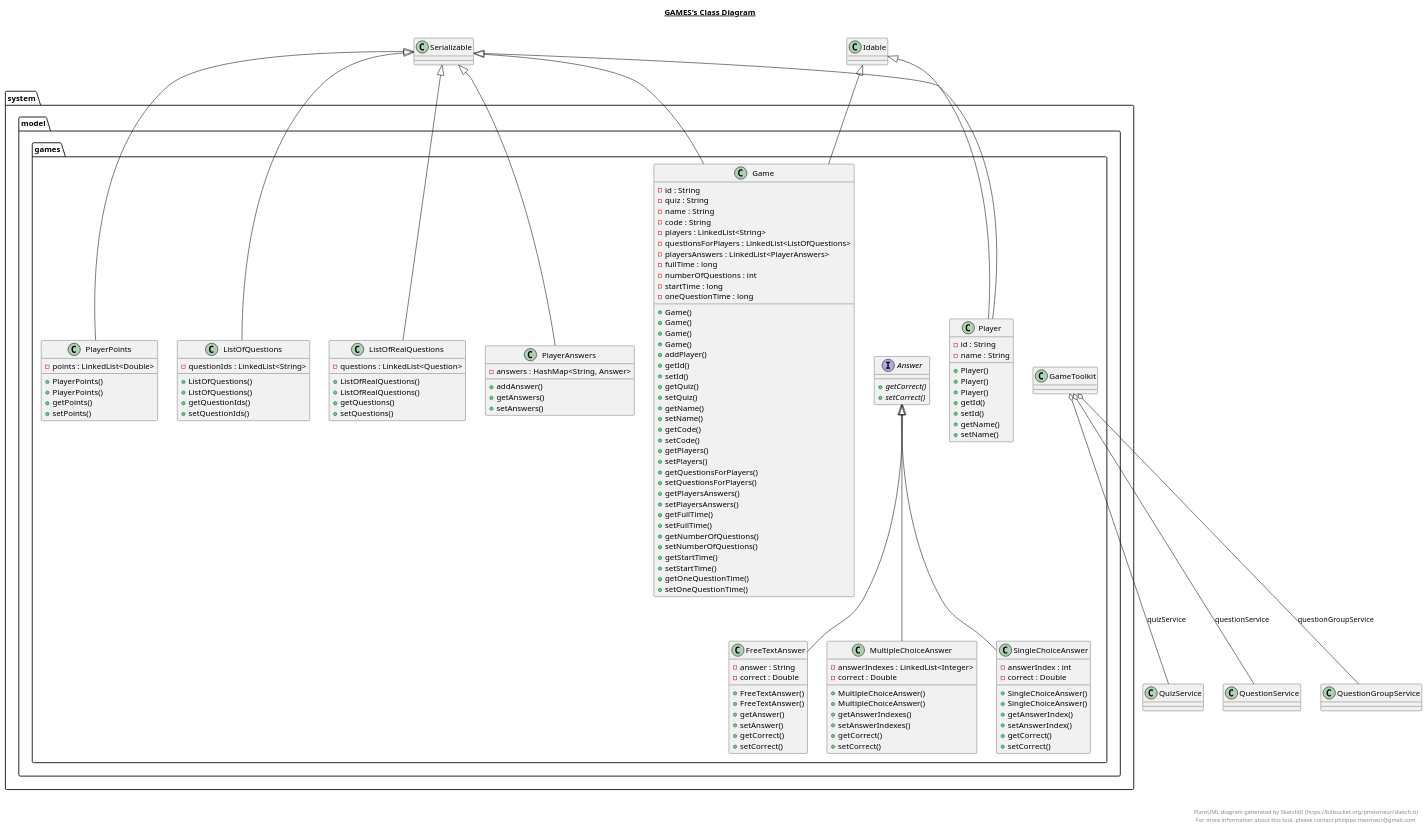
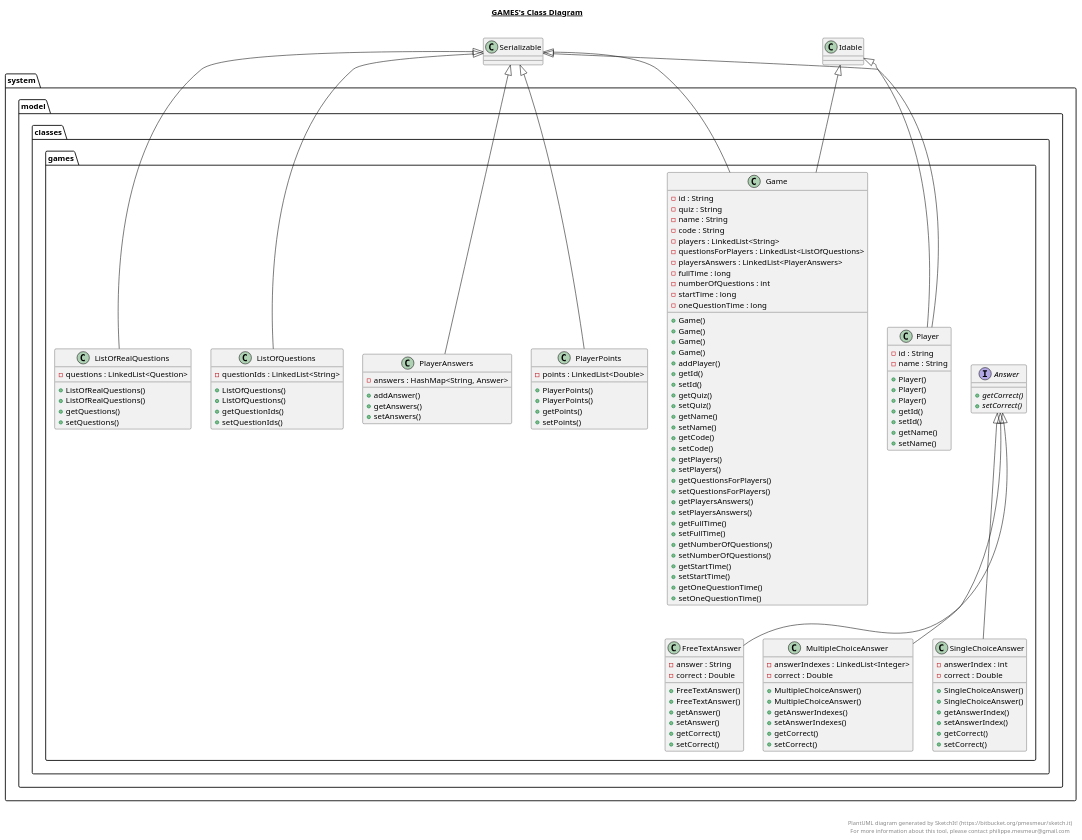
The diagram in src/main/java/system/model/games/games.plantuml (berl-a/DiplomaBackend), drawn with PlantUML before and after one commit. The commit also changed 514 other files, not shown here.

Commit message:
Added multiple choice answer

```diff
--- a/src/main/java/system/model/games/games.plantuml
+++ b/src/main/java/system/model/games/games.plantuml
@@ -3,180 +3,192 @@
 title __GAMES's Class Diagram__\n
 
   package system.model {
-    package system.model.games {
-      interface Answer {
-          {abstract} + getCorrect()
-          {abstract} + setCorrect()
+    package system.model.classes {
+      package system.model.classes.games {
+        interface Answer {
+            {abstract} + getCorrect()
+            {abstract} + setCorrect()
+        }
       }
     }
   }
   
 
   package system.model {
-    package system.model.games {
-      class FreeTextAnswer {
-          - answer : String
-          - correct : Double
-          + FreeTextAnswer()
-          + FreeTextAnswer()
-          + getAnswer()
-          + setAnswer()
-          + getCorrect()
-          + setCorrect()
+    package system.model.classes {
+      package system.model.classes.games {
+        class FreeTextAnswer {
+            - answer : String
+            - correct : Double
+            + FreeTextAnswer()
+            + FreeTextAnswer()
+            + getAnswer()
+            + setAnswer()
+            + getCorrect()
+            + setCorrect()
+        }
       }
     }
   }
   
 
   package system.model {
-    package system.model.games {
-      class Game {
-          - id : String
-          - quiz : String
-          - name : String
-          - code : String
-          - players : LinkedList<String>
-          - questionsForPlayers : LinkedList<ListOfQuestions>
-          - playersAnswers : LinkedList<PlayerAnswers>
-          - fullTime : long
-          - numberOfQuestions : int
-          - startTime : long
-          - oneQuestionTime : long
-          + Game()
-          + Game()
-          + Game()
-          + Game()
-          + addPlayer()
-          + getId()
-          + setId()
-          + getQuiz()
-          + setQuiz()
-          + getName()
-          + setName()
-          + getCode()
-          + setCode()
-          + getPlayers()
-          + setPlayers()
-          + getQuestionsForPlayers()
-          + setQuestionsForPlayers()
-          + getPlayersAnswers()
-          + setPlayersAnswers()
-          + getFullTime()
-          + setFullTime()
-          + getNumberOfQuestions()
-          + setNumberOfQuestions()
-          + getStartTime()
-          + setStartTime()
-          + getOneQuestionTime()
-          + setOneQuestionTime()
+    package system.model.classes {
+      package system.model.classes.games {
+        class Game {
+            - id : String
+            - quiz : String
+            - name : String
+            - code : String
+            - players : LinkedList<String>
+            - questionsForPlayers : LinkedList<ListOfQuestions>
+            - playersAnswers : LinkedList<PlayerAnswers>
+            - fullTime : long
+            - numberOfQuestions : int
+            - startTime : long
+            - oneQuestionTime : long
+            + Game()
+            + Game()
+            + Game()
+            + Game()
+            + addPlayer()
+            + getId()
+            + setId()
+            + getQuiz()
+            + setQuiz()
+            + getName()
+            + setName()
+            + getCode()
+            + setCode()
+            + getPlayers()
+            + setPlayers()
+            + getQuestionsForPlayers()
+            + setQuestionsForPlayers()
+            + getPlayersAnswers()
+            + setPlayersAnswers()
+            + getFullTime()
+            + setFullTime()
+            + getNumberOfQuestions()
+            + setNumberOfQuestions()
+            + getStartTime()
+            + setStartTime()
+            + getOneQuestionTime()
+            + setOneQuestionTime()
+        }
       }
     }
   }
   
 
   package system.model {
-    package system.model.games {
-      class GameToolkit {
+    package system.model.classes {
+      package system.model.classes.games {
+        class ListOfQuestions {
+            - questionIds : LinkedList<String>
+            + ListOfQuestions()
+            + ListOfQuestions()
+            + getQuestionIds()
+            + setQuestionIds()
+        }
       }
     }
   }
   
 
   package system.model {
-    package system.model.games {
-      class ListOfQuestions {
-          - questionIds : LinkedList<String>
-          + ListOfQuestions()
-          + ListOfQuestions()
-          + getQuestionIds()
-          + setQuestionIds()
+    package system.model.classes {
+      package system.model.classes.games {
+        class ListOfRealQuestions {
+            - questions : LinkedList<Question>
+            + ListOfRealQuestions()
+            + ListOfRealQuestions()
+            + getQuestions()
+            + setQuestions()
+        }
       }
     }
   }
   
 
   package system.model {
-    package system.model.games {
-      class ListOfRealQuestions {
-          - questions : LinkedList<Question>
-          + ListOfRealQuestions()
-          + ListOfRealQuestions()
-          + getQuestions()
-          + setQuestions()
+    package system.model.classes {
+      package system.model.classes.games {
+        class MultipleChoiceAnswer {
+            - answerIndexes : LinkedList<Integer>
+            - correct : Double
+            + MultipleChoiceAnswer()
+            + MultipleChoiceAnswer()
+            + getAnswerIndexes()
+            + setAnswerIndexes()
+            + getCorrect()
+            + setCorrect()
+        }
       }
     }
   }
   
 
   package system.model {
-    package system.model.games {
-      class MultipleChoiceAnswer {
-          - answerIndexes : LinkedList<Integer>
-          - correct : Double
-          + MultipleChoiceAnswer()
-          + MultipleChoiceAnswer()
-          + getAnswerIndexes()
-          + setAnswerIndexes()
-          + getCorrect()
-          + setCorrect()
+    package system.model.classes {
+      package system.model.classes.games {
+        class Player {
+            - id : String
+            - name : String
+            + Player()
+            + Player()
+            + Player()
+            + getId()
+            + setId()
+            + getName()
+            + setName()
+        }
       }
     }
   }
   
 
   package system.model {
-    package system.model.games {
-      class Player {
-          - id : String
-          - name : String
-          + Player()
-          + Player()
-          + Player()
-          + getId()
-          + setId()
-          + getName()
-          + setName()
+    package system.model.classes {
+      package system.model.classes.games {
+        class PlayerAnswers {
+            - answers : HashMap<String, Answer>
+            + addAnswer()
+            + getAnswers()
+            + setAnswers()
+        }
       }
     }
   }
   
 
   package system.model {
-    package system.model.games {
-      class PlayerAnswers {
-          - answers : HashMap<String, Answer>
-          + addAnswer()
-          + getAnswers()
-          + setAnswers()
+    package system.model.classes {
+      package system.model.classes.games {
+        class PlayerPoints {
+            - points : LinkedList<Double>
+            + PlayerPoints()
+            + PlayerPoints()
+            + getPoints()
+            + setPoints()
+        }
       }
     }
   }
   
 
   package system.model {
-    package system.model.games {
-      class PlayerPoints {
-          - points : LinkedList<Double>
-          + PlayerPoints()
-          + PlayerPoints()
-          + getPoints()
-          + setPoints()
-      }
-    }
-  }
-  
-
-  package system.model {
-    package system.model.games {
-      class SingleChoiceAnswer {
-          - answerIndex : int
-          - correct : Double
-          + SingleChoiceAnswer()
-          + SingleChoiceAnswer()
-          + getAnswerIndex()
-          + setAnswerIndex()
-          + getCorrect()
-          + setCorrect()
+    package system.model.classes {
+      package system.model.classes.games {
+        class SingleChoiceAnswer {
+            - answerIndex : int
+            - correct : Double
+            + SingleChoiceAnswer()
+            + SingleChoiceAnswer()
+            + getAnswerIndex()
+            + setAnswerIndex()
+            + getCorrect()
+            + setCorrect()
+        }
       }
     }
   }
@@ -185,9 +197,6 @@
   FreeTextAnswer -up-|> Answer
   Game -up-|> Idable
   Game -up-|> Serializable
-  GameToolkit o-- QuizService : quizService
-  GameToolkit o-- QuestionService : questionService
-  GameToolkit o-- QuestionGroupService : questionGroupService
   ListOfQuestions -up-|> Serializable
   ListOfRealQuestions -up-|> Serializable
   MultipleChoiceAnswer -up-|> Answer
```
